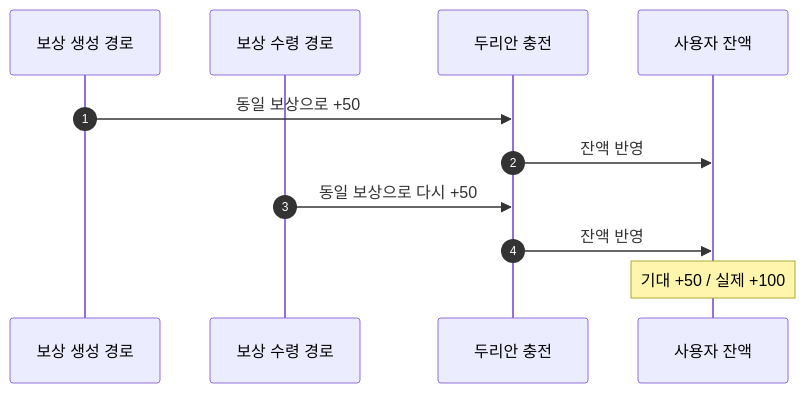
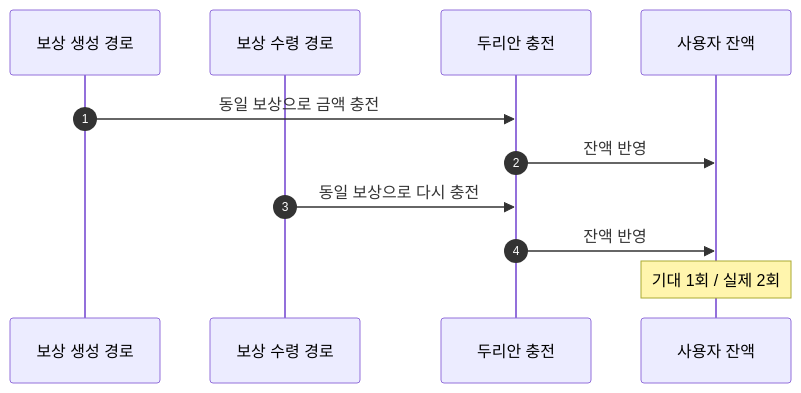
One commit to jiwon11/jiwon11.github.io changed the first of 13 diagrams in _posts/2026-03-20-reward-creation-receipt-charge-responsibility.md. Above: the diagram before and after it, drawn with Mermaid. The commit also changed other lines of this file and 9 other files, not shown here.

```diff
--- a/_posts/2026-03-20-reward-creation-receipt-charge-responsibility.md
+++ b/_posts/2026-03-20-reward-creation-receipt-charge-responsibility.md
@@ -41,14 +44,14 @@
 ~~~mermaid
 sequenceDiagram
     autonumber
     participant E as 보상 생성 경로
     participant R as 보상 수령 경로
     participant C as 두리안 충전
     participant B as 사용자 잔액
 
-    E->>C: 동일 보상으로 +50
+    E->>C: 동일 보상으로 금액 충전
     C->>B: 잔액 반영
-    R->>C: 동일 보상으로 다시 +50
+    R->>C: 동일 보상으로 다시 충전
     C->>B: 잔액 반영
-    Note over B: 기대 +50 / 실제 +100
+    Note over B: 기대 1회 / 실제 2회
 ~~~
```
